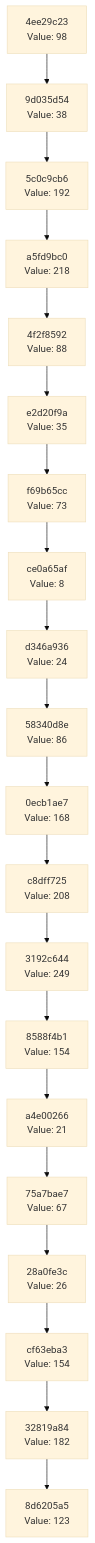
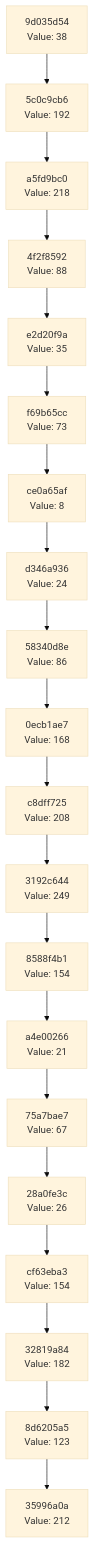
One commit to Abhisheksinha1506/hash-chain-evolver changed the diagram in docs/CHAIN_VISUALIZATION.md. Above: the diagram before and after it, drawn with Mermaid (base theme). The commit also changed 3 other files, not shown here.

````diff
--- a/docs/CHAIN_VISUALIZATION.md
+++ b/docs/CHAIN_VISUALIZATION.md
@@ -3,42 +3,42 @@
 ```mermaid
 graph TD
-    C0["8d6205a5<br/>Value: 123"]
-    C1["32819a84<br/>Value: 182"]
+    C0["35996a0a<br/>Value: 212"]
+    C1["8d6205a5<br/>Value: 123"]
     C1 --> C0
-    C2["cf63eba3<br/>Value: 154"]
+    C2["32819a84<br/>Value: 182"]
     C2 --> C1
-    C3["28a0fe3c<br/>Value: 26"]
+    C3["cf63eba3<br/>Value: 154"]
     C3 --> C2
-    C4["75a7bae7<br/>Value: 67"]
+    C4["28a0fe3c<br/>Value: 26"]
     C4 --> C3
-    C5["a4e00266<br/>Value: 21"]
+    C5["75a7bae7<br/>Value: 67"]
     C5 --> C4
-    C6["8588f4b1<br/>Value: 154"]
+    C6["a4e00266<br/>Value: 21"]
     C6 --> C5
-    C7["3192c644<br/>Value: 249"]
+    C7["8588f4b1<br/>Value: 154"]
     C7 --> C6
-    C8["c8dff725<br/>Value: 208"]
+    C8["3192c644<br/>Value: 249"]
     C8 --> C7
-    C9["0ecb1ae7<br/>Value: 168"]
+    C9["c8dff725<br/>Value: 208"]
     C9 --> C8
-    C10["58340d8e<br/>Value: 86"]
+    C10["0ecb1ae7<br/>Value: 168"]
     C10 --> C9
-    C11["d346a936<br/>Value: 24"]
+    C11["58340d8e<br/>Value: 86"]
     C11 --> C10
-    C12["ce0a65af<br/>Value: 8"]
+    C12["d346a936<br/>Value: 24"]
     C12 --> C11
-    C13["f69b65cc<br/>Value: 73"]
+    C13["ce0a65af<br/>Value: 8"]
     C13 --> C12
-    C14["e2d20f9a<br/>Value: 35"]
+    C14["f69b65cc<br/>Value: 73"]
     C14 --> C13
-    C15["4f2f8592<br/>Value: 88"]
+    C15["e2d20f9a<br/>Value: 35"]
     C15 --> C14
-    C16["a5fd9bc0<br/>Value: 218"]
+    C16["4f2f8592<br/>Value: 88"]
     C16 --> C15
-    C17["5c0c9cb6<br/>Value: 192"]
+    C17["a5fd9bc0<br/>Value: 218"]
     C17 --> C16
-    C18["9d035d54<br/>Value: 38"]
+    C18["5c0c9cb6<br/>Value: 192"]
     C18 --> C17
-    C19["4ee29c23<br/>Value: 98"]
+    C19["9d035d54<br/>Value: 38"]
     C19 --> C18
 ```
````
